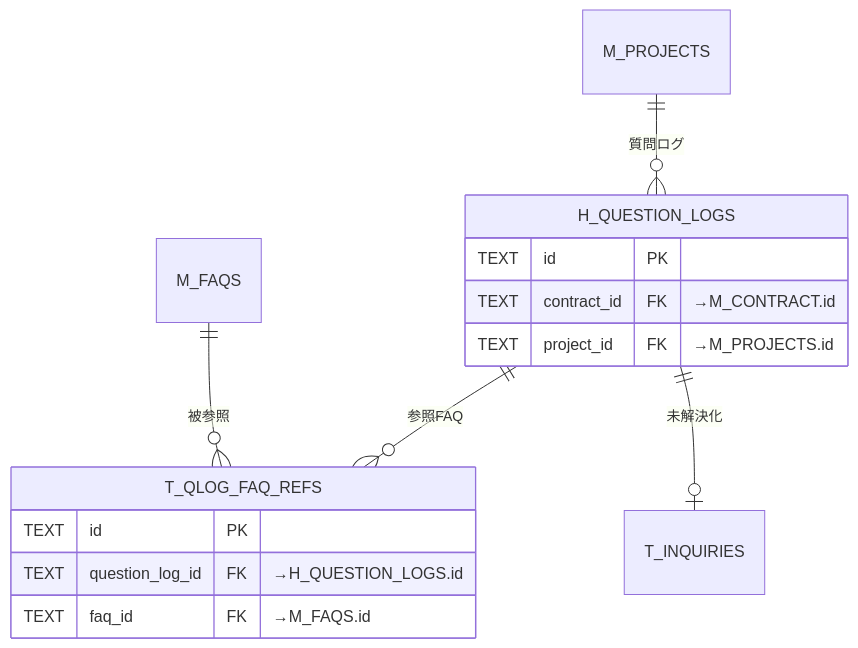
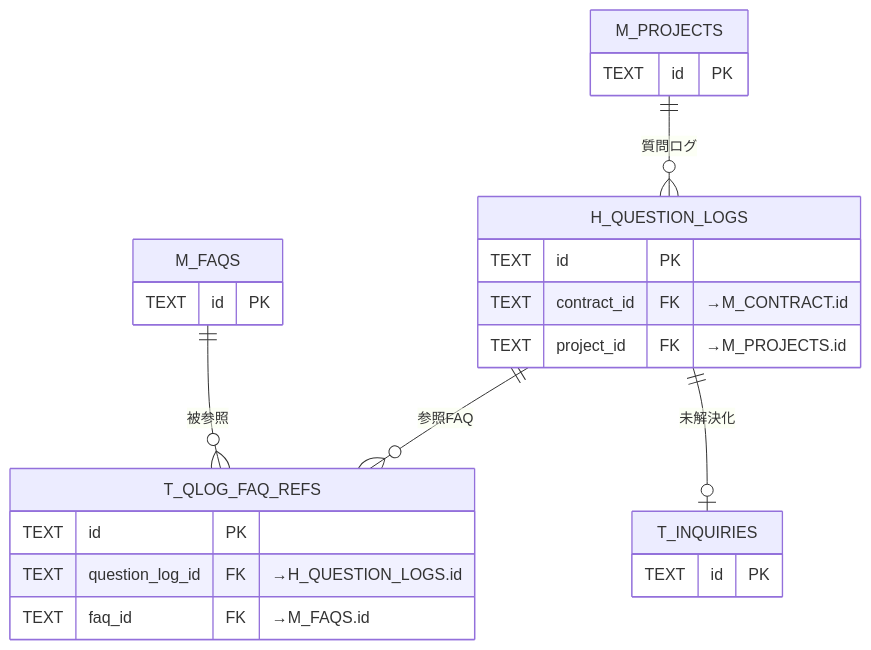
Before and after one commit to sikakou54/open-faq: the seventh of 12 diagrams in 02_basic-design/03_database-design.md, drawn with Mermaid. The commit also changed other lines of this file, not shown here.

First line of the commit message:
DB設計: ER図でキー未表示だったエンティティにPKブロックを追加((6)(7)(8)(10))

````diff
--- a/02_basic-design/03_database-design.md
+++ b/02_basic-design/03_database-design.md
@@ -211,13 +214,16 @@
 ```mermaid
 erDiagram
   H_QUESTION_LOGS { TEXT id PK
     TEXT contract_id FK "→M_CONTRACT.id"
     TEXT project_id FK "→M_PROJECTS.id" }
   T_QLOG_FAQ_REFS { TEXT id PK
     TEXT question_log_id FK "→H_QUESTION_LOGS.id"
     TEXT faq_id FK "→M_FAQS.id" }
+  M_PROJECTS { TEXT id PK }
+  M_FAQS { TEXT id PK }
+  T_INQUIRIES { TEXT id PK }
   M_PROJECTS ||--o{ H_QUESTION_LOGS : "質問ログ"
   H_QUESTION_LOGS ||--o{ T_QLOG_FAQ_REFS : "参照FAQ"
   M_FAQS ||--o{ T_QLOG_FAQ_REFS : "被参照"
   H_QUESTION_LOGS ||--o| T_INQUIRIES : "未解決化"
 ```
````
